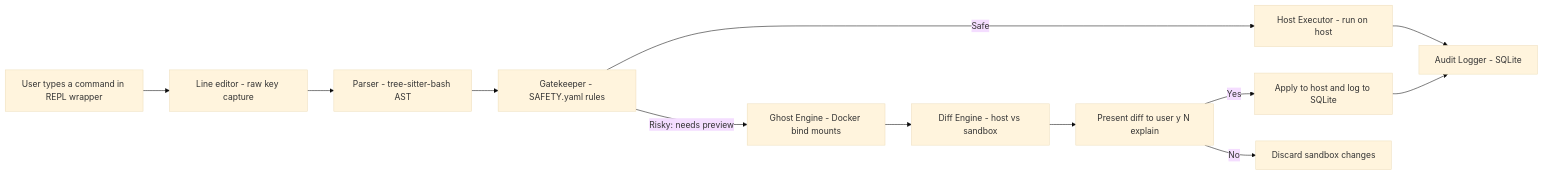
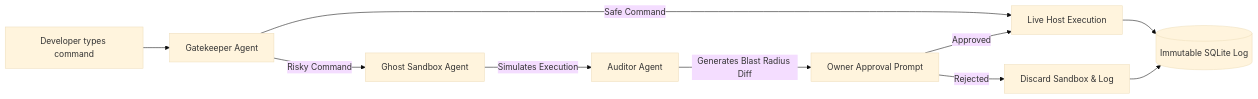
The diagram in README.md (aryawadhwa/Dike), drawn with Mermaid (base theme) before and after one commit. The commit also changed other lines of this file and 13 other files, not shown here.

````diff
--- a/README.md
+++ b/README.md
@@ -17,14 +35,15 @@
 ```mermaid
 flowchart LR
-  A[User types a command in REPL wrapper] --> B[Line editor - raw key capture]
-  B --> C[Parser - tree-sitter-bash AST]
-  C --> D[Gatekeeper - SAFETY.yaml rules]
-  D -->|Safe| E[Host Executor - run on host]
-  D -->|Risky: needs preview| F[Ghost Engine - Docker bind mounts]
-  F --> G[Diff Engine - host vs sandbox]
-  G --> H[Present diff to user y N explain]
-  H -->|Yes| I[Apply to host and log to SQLite]
-  H -->|No| J[Discard sandbox changes]
-  E --> K[Audit Logger - SQLite]
-  I --> K
+  Developer[Developer types command] --> Gatekeeper[Gatekeeper Agent]
+  Gatekeeper -->|Safe Command| Host[Live Host Execution]
+  Gatekeeper -->|Risky Command| Ghost[Ghost Sandbox Agent]
+  
+  Ghost -->|Simulates Execution| Auditor[Auditor Agent]
+  Auditor -->|Generates Blast Radius Diff| Prompt[Owner Approval Prompt]
+  
+  Prompt -->|Rejected| Discard[Discard Sandbox & Log]
+  Prompt -->|Approved| Host
+  
+  Host --> DB[(Immutable SQLite Log)]
+  Discard --> DB
 ```
````
